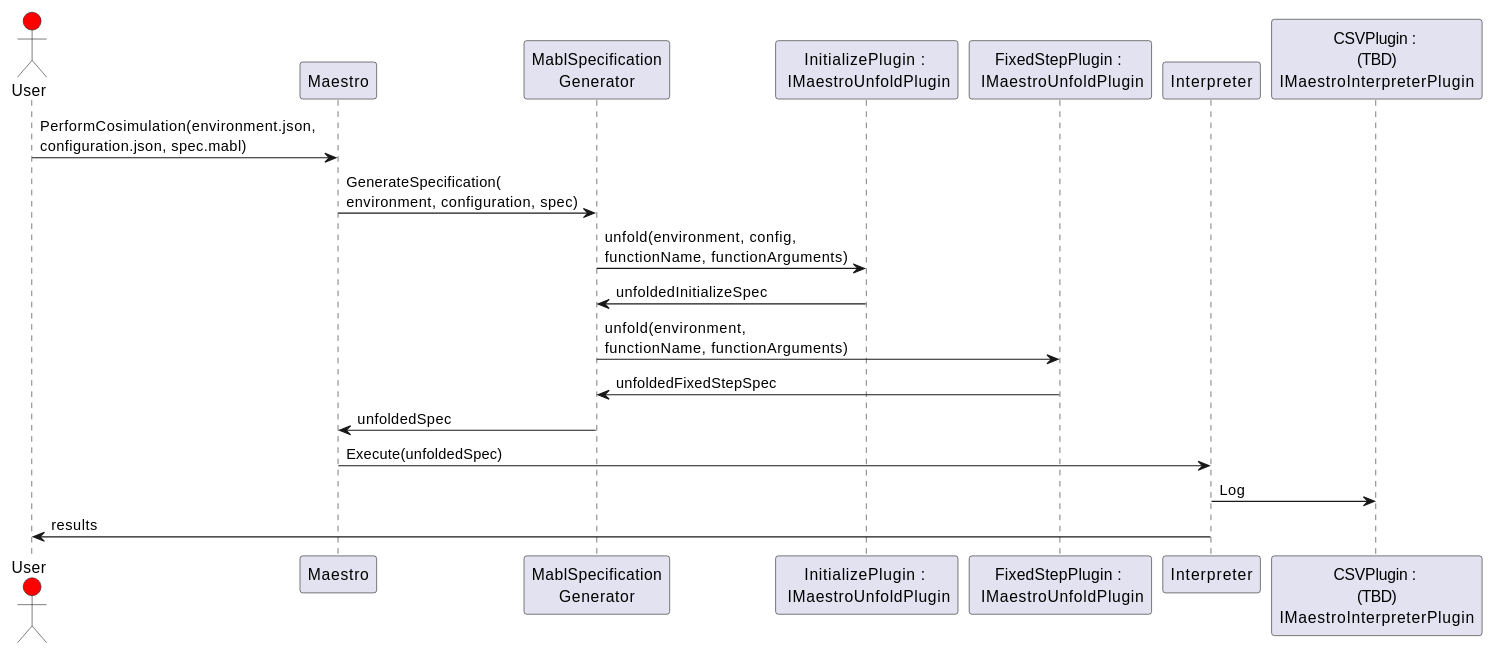
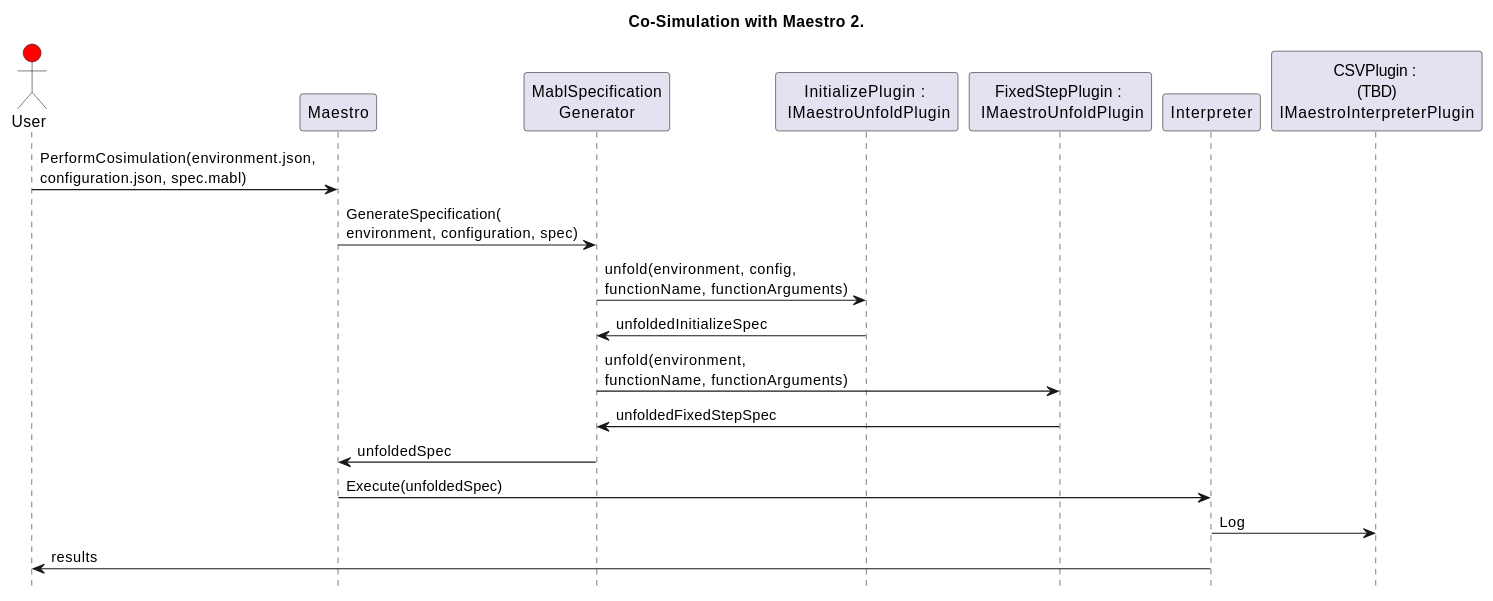
One commit to INTO-CPS-Association/maestro changed the diagram in docs/overview.rst. Above: the diagram before and after it, drawn with PlantUML. The commit also changed other lines of this file and 1 other file, not shown here.

```diff
--- a/docs/overview.rst
+++ b/docs/overview.rst
@@ -11,19 +39,22 @@
 .. uml:: 
+    
+    title Co-Simulation with Maestro 2.
+    hide footbox
     
     actor User #red
     participant Maestro
     participant "MablSpecification\nGenerator" as MablSpecGen
     participant "InitializePlugin  : \n IMaestroUnfoldPlugin" as InitializePlugin
     participant "FixedStepPlugin : \n IMaestroUnfoldPlugin" as FixedStepPlugin
 
 
     User -> Maestro: PerformCosimulation(environment.json, \nconfiguration.json, spec.mabl)
     Maestro -> MablSpecGen: GenerateSpecification(\nenvironment, configuration, spec)
     MablSpecGen -> InitializePlugin: unfold(environment, config, \nfunctionName, functionArguments)
     InitializePlugin -> MablSpecGen: unfoldedInitializeSpec
     MablSpecGen -> FixedStepPlugin: unfold(environment, \nfunctionName, functionArguments)
     FixedStepPlugin -> MablSpecGen: unfoldedFixedStepSpec
     MablSpecGen -> Maestro: unfoldedSpec
     Maestro -> Interpreter: Execute(unfoldedSpec)
     Interpreter -> "CSVPlugin : \n(TBD)\nIMaestroInterpreterPlugin": Log 
     Interpreter -> User: results
```
